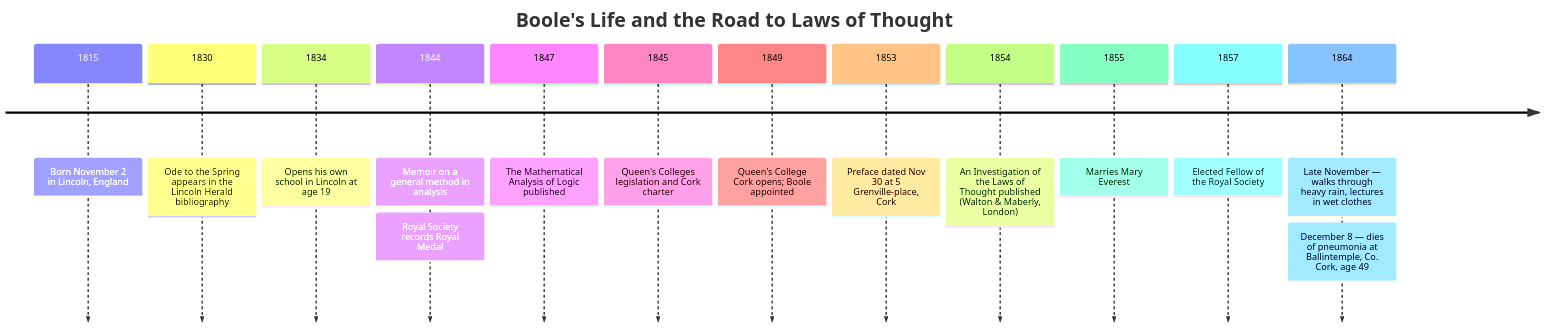
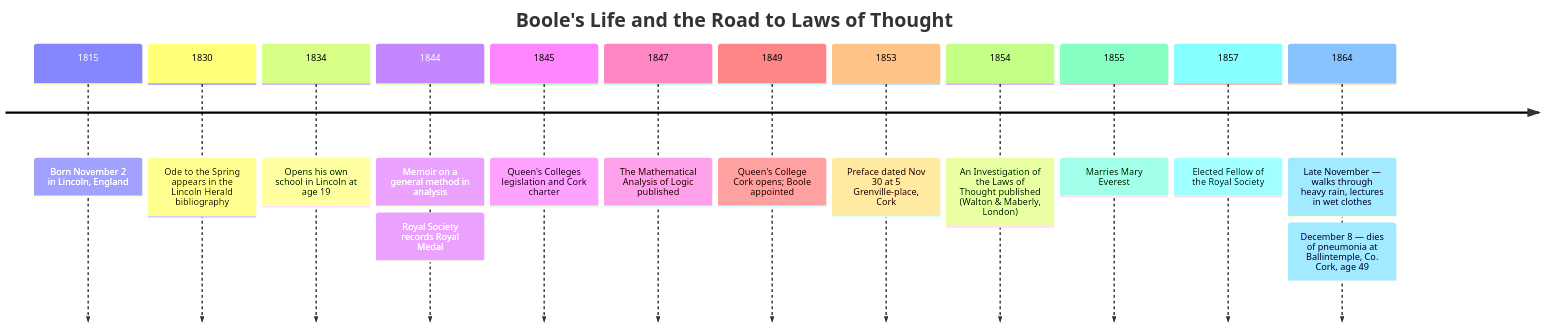
Before and after one commit to kube-dojo/kube-dojo: the diagram in src/content/docs/ai-history/ch-01-the-laws-of-thought.md, drawn with Mermaid. The commit also changed other lines of this file, not shown here.

````diff
--- a/src/content/docs/ai-history/ch-01-the-laws-of-thought.md
+++ b/src/content/docs/ai-history/ch-01-the-laws-of-thought.md
@@ -29,16 +29,16 @@
 ```mermaid
 timeline
     title Boole's Life and the Road to Laws of Thought
     1815 : Born November 2 in Lincoln, England
     1830 : Ode to the Spring appears in the Lincoln Herald bibliography
     1834 : Opens his own school in Lincoln at age 19
     1844 : Memoir on a general method in analysis : Royal Society records Royal Medal
+    1845 : Queen's Colleges legislation and Cork charter
     1847 : The Mathematical Analysis of Logic published
-    1845 : Queen's Colleges legislation and Cork charter
     1849 : Queen's College Cork opens; Boole appointed
     1853 : Preface dated Nov 30 at 5 Grenville-place, Cork
     1854 : An Investigation of the Laws of Thought published (Walton & Maberly, London)
     1855 : Marries Mary Everest
     1857 : Elected Fellow of the Royal Society
     1864 : Late November — walks through heavy rain, lectures in wet clothes : December 8 — dies of pneumonia at Ballintemple, Co. Cork, age 49
 ```
````
